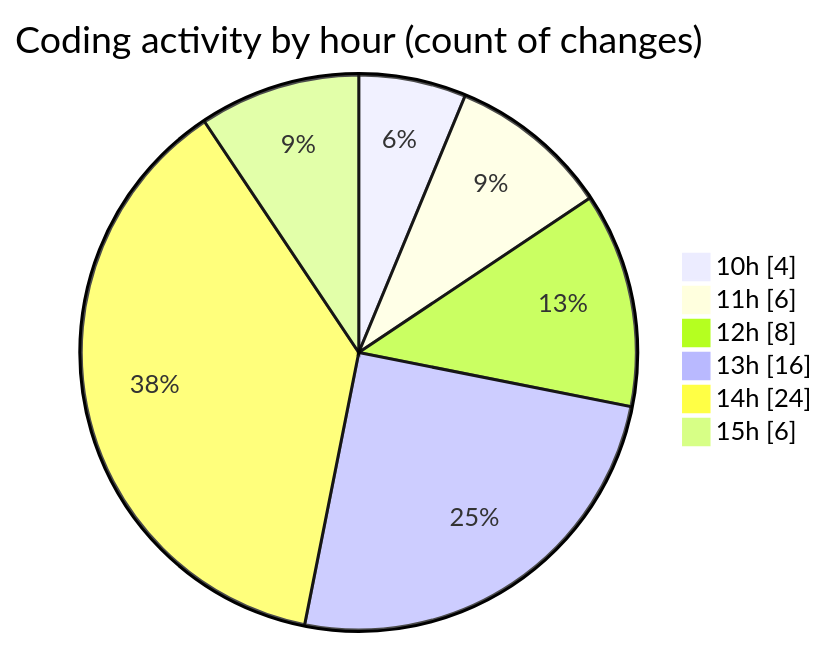
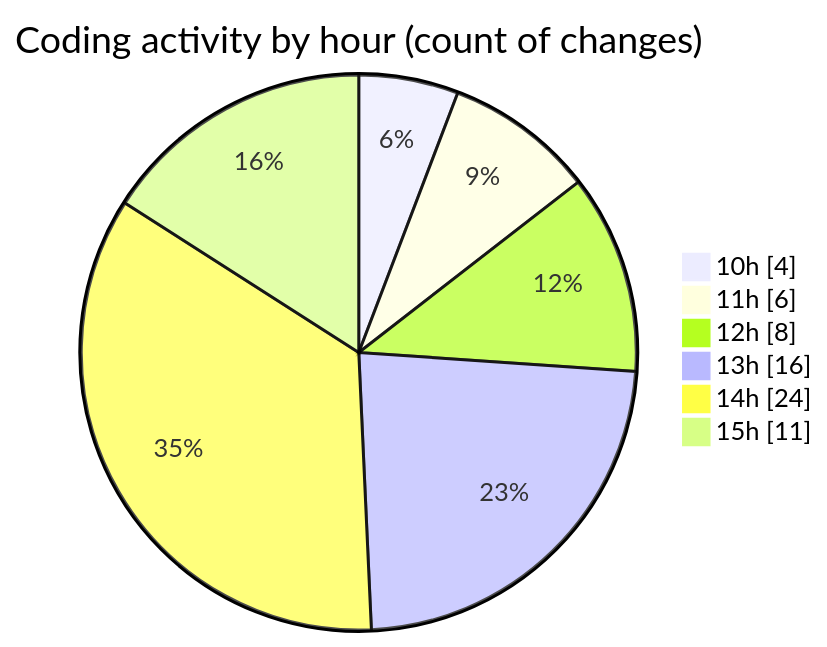
The second of 2 diagrams in 2025-10-03/totem2/README.md (LanceThiago/code-tracking), drawn with Mermaid before and after one commit. The commit also changed other lines of this file and 1 other file, not shown here.

````diff
--- a/2025-10-03/totem2/README.md
+++ b/2025-10-03/totem2/README.md
@@ -31,10 +31,10 @@
 ```mermaid
 pie showData
 title Coding activity by hour (count of changes)
 "10h" : 4
 "11h" : 6
 "12h" : 8
 "13h" : 16
 "14h" : 24
-"15h" : 6
+"15h" : 11
 ```
````
